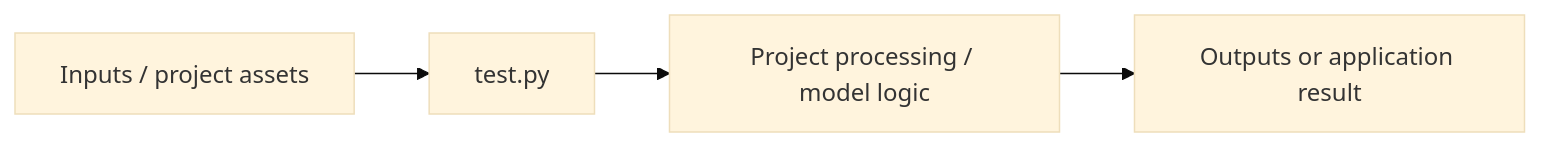
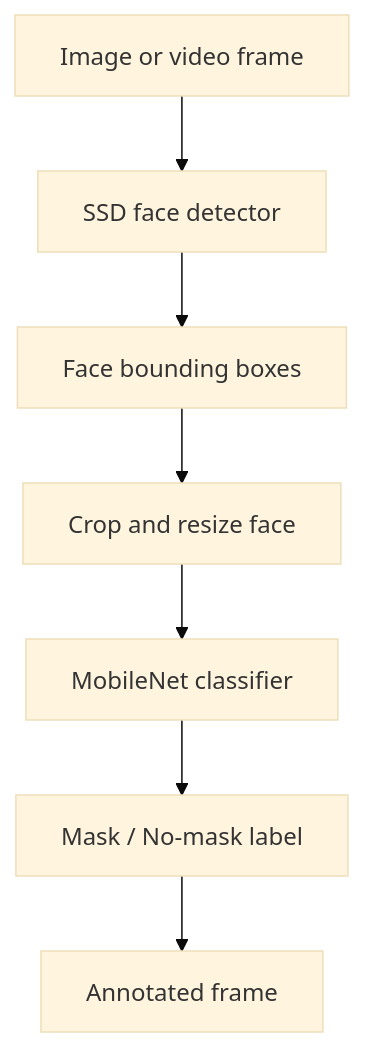
Before and after one commit to Rajkumar-Ai-Engineer/120_ProjectStreak: the diagram in DeepLearning/maskdetector/25- Face Mask detector/README.md, drawn with Mermaid (base theme). The commit also changed other lines of this file, not shown here.

````diff
--- a/DeepLearning/maskdetector/25- Face Mask detector/README.md
+++ b/DeepLearning/maskdetector/25- Face Mask detector/README.md
@@ -21,6 +17,9 @@
 ```mermaid
-flowchart LR
-    I[Inputs / project assets] --> E[test.py]
-    E --> P[Project processing / model logic]
-    P --> O[Outputs or application result]
+flowchart TD
+ A[Image or video frame] --> B[SSD face detector]
+ B --> C[Face bounding boxes]
+ C --> D[Crop and resize face]
+ D --> E[MobileNet classifier]
+ E --> F[Mask / No-mask label]
+ F --> G[Annotated frame]
 ```
````
